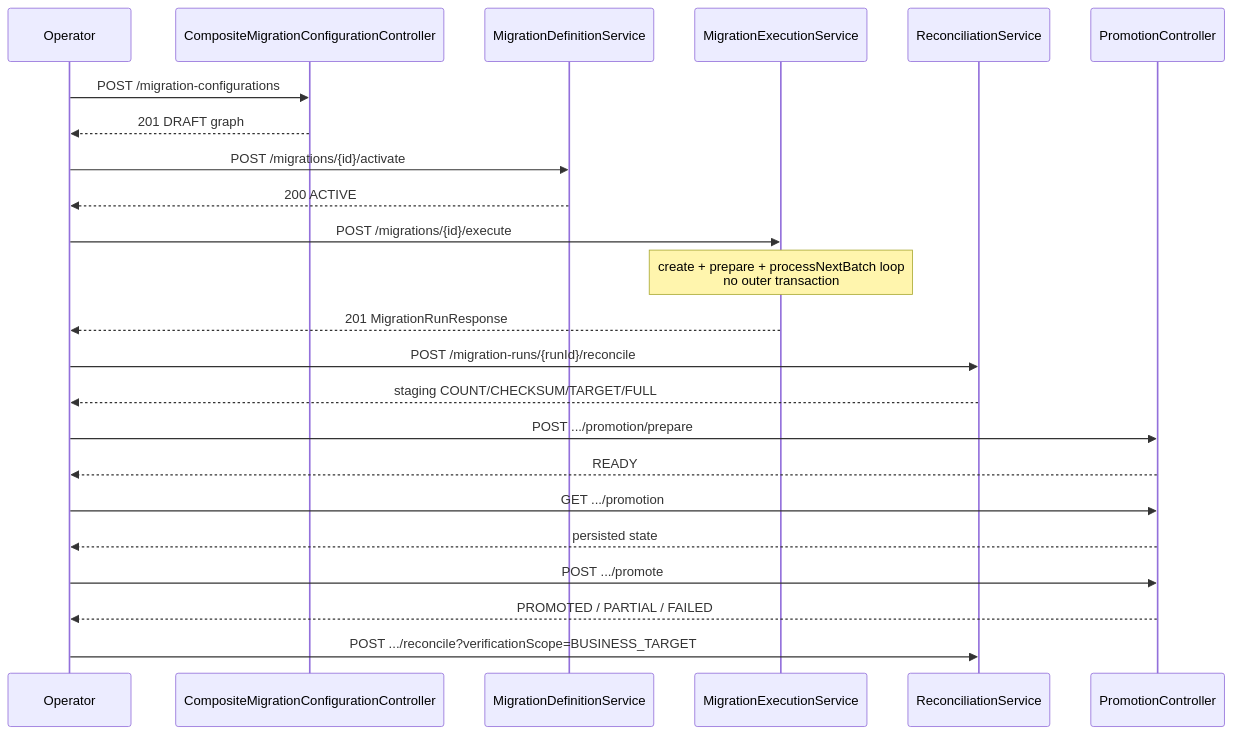
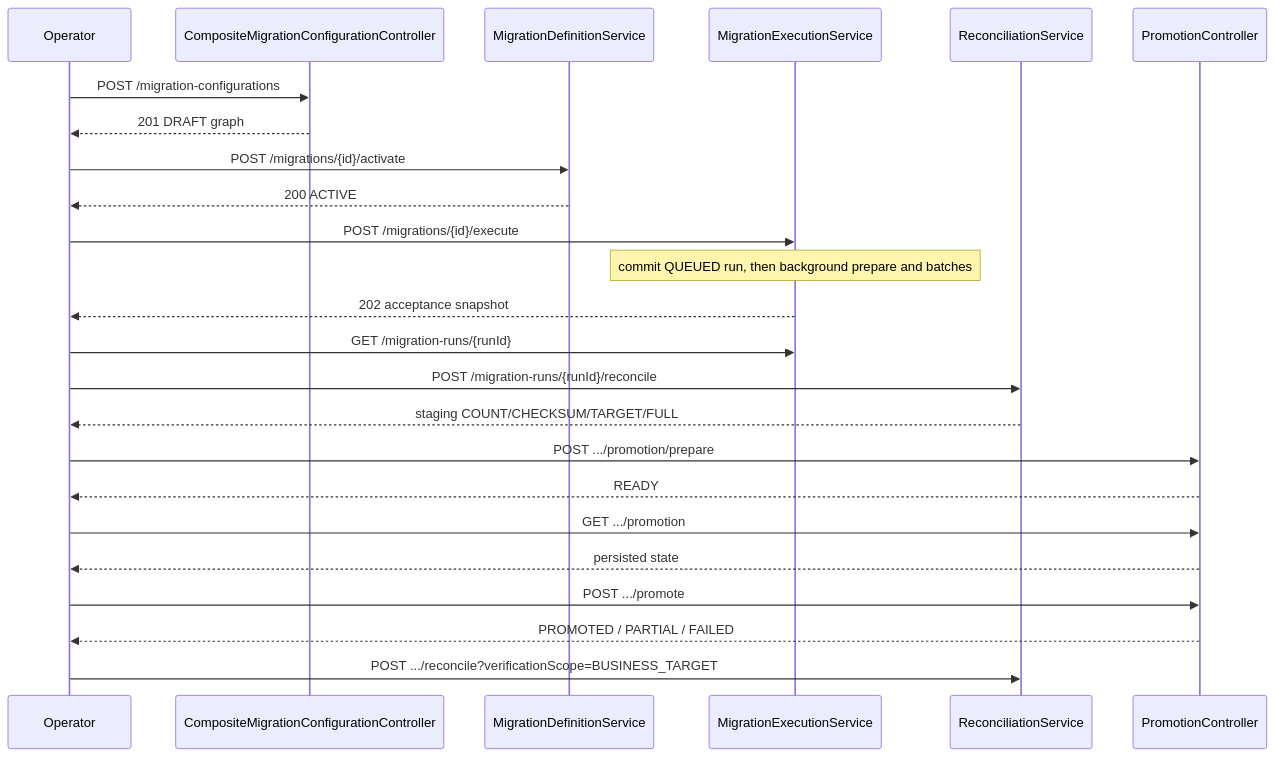
The third of 3 diagrams in capabilities/etp-migration/docs/ARCHITECTURE.md (balanagarajan12/project-beta), drawn with Mermaid before and after one commit. The commit also changed other lines of this file and 11 other files, not shown here.

````diff
--- a/capabilities/etp-migration/docs/ARCHITECTURE.md
+++ b/capabilities/etp-migration/docs/ARCHITECTURE.md
@@ -714,25 +726,26 @@
 ```mermaid
 sequenceDiagram
   participant Op as Operator
   participant Cfg as CompositeMigrationConfigurationController
   participant Def as MigrationDefinitionService
   participant Ex as MigrationExecutionService
   participant Rec as ReconciliationService
   participant Promo as PromotionController
   Op->>Cfg: POST /migration-configurations
   Cfg-->>Op: 201 DRAFT graph
   Op->>Def: POST /migrations/{id}/activate
   Def-->>Op: 200 ACTIVE
   Op->>Ex: POST /migrations/{id}/execute
-  Note over Ex: create + prepare + processNextBatch loop<br/>no outer transaction
-  Ex-->>Op: 201 MigrationRunResponse
+  Note over Ex: commit QUEUED run, then background prepare and batches
+  Ex-->>Op: 202 acceptance snapshot
+  Op->>Ex: GET /migration-runs/{runId}
   Op->>Rec: POST /migration-runs/{runId}/reconcile
   Rec-->>Op: staging COUNT/CHECKSUM/TARGET/FULL
   Op->>Promo: POST .../promotion/prepare
   Promo-->>Op: READY
   Op->>Promo: GET .../promotion
   Promo-->>Op: persisted state
   Op->>Promo: POST .../promote
   Promo-->>Op: PROMOTED / PARTIAL / FAILED
   Op->>Rec: POST .../reconcile?verificationScope=BUSINESS_TARGET
 ```
````
